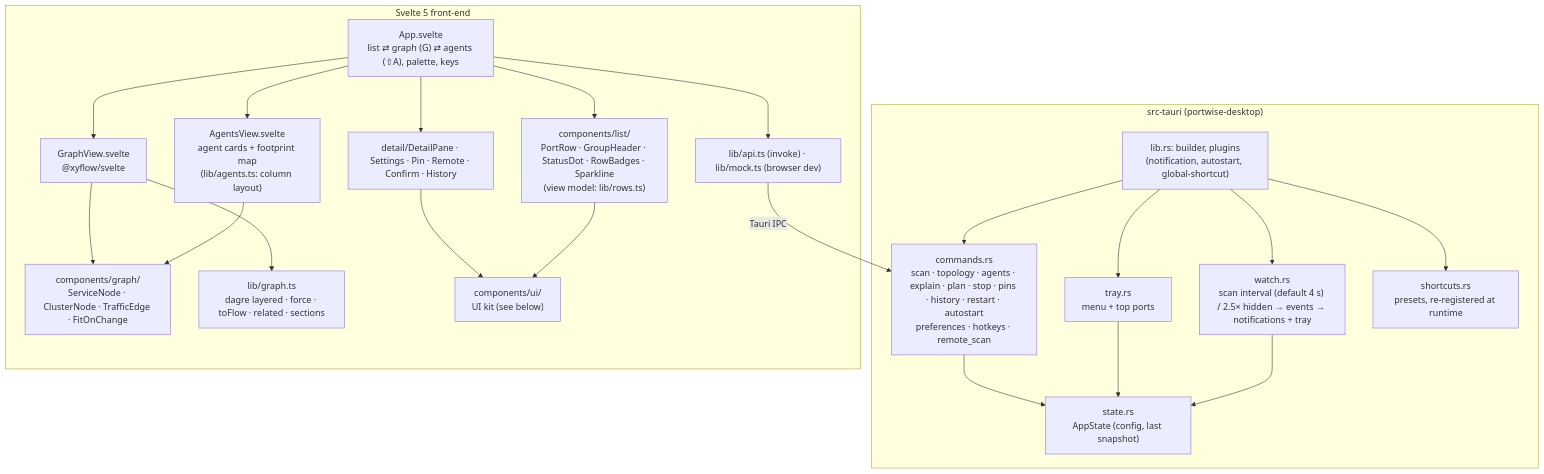
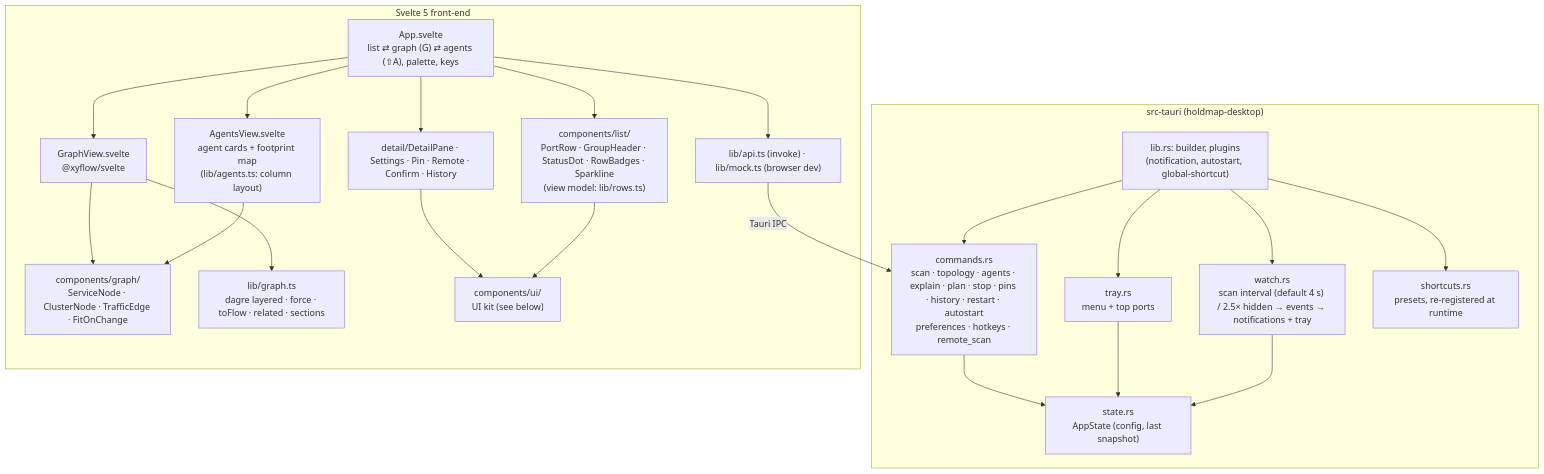
One commit to santoshshinde2012/holdmap changed the sixth of 6 diagrams in docs/architecture.md. Above: the diagram before and after it, drawn with Mermaid. The commit also changed other lines of this file and 242 other files, not shown here.

First line of the commit message:
Rename portwise to holdmap end to end (#12)

````diff
--- a/docs/architecture.md
+++ b/docs/architecture.md
@@ -215,31 +215,31 @@
 ```mermaid
 flowchart TB
-  subgraph Rust["src-tauri (portwise-desktop)"]
+  subgraph Rust["src-tauri (holdmap-desktop)"]
     LIB["lib.rs: builder, plugins<br/>(notification, autostart, global-shortcut)"]
     CMD["commands.rs<br/>scan · topology · agents · explain · plan · stop · pins · history · restart · autostart<br/>preferences · hotkeys · remote_scan"]
     ST["state.rs<br/>AppState (config, last snapshot)"]
     TR["tray.rs<br/>menu + top ports"]
     W["watch.rs<br/>scan interval (default 4 s) / 2.5× hidden → events → notifications + tray"]
     SC["shortcuts.rs<br/>presets, re-registered at runtime"]
     LIB --> CMD & TR & W & SC
     CMD & TR & W --> ST
   end
   subgraph UI["Svelte 5 front-end"]
     APP["App.svelte<br/>list ⇄ graph (G) ⇄ agents (⇧A), palette, keys"]
     GV["GraphView.svelte<br/>@xyflow/svelte"]
     AV["AgentsView.svelte<br/>agent cards + footprint map<br/>(lib/agents.ts: column layout)"]
     NODES["components/graph/<br/>ServiceNode · ClusterNode · TrafficEdge · FitOnChange"]
     LG["lib/graph.ts<br/>dagre layered · force · toFlow · related · sections"]
     OTHER["detail/DetailPane · Settings · Pin · Remote · Confirm · History"]
     LIST["components/list/<br/>PortRow · GroupHeader · StatusDot · RowBadges · Sparkline<br/>(view model: lib/rows.ts)"]
     KIT["components/ui/<br/>UI kit (see below)"]
     API["lib/api.ts (invoke) · lib/mock.ts (browser dev)"]
     APP --> GV --> NODES
     APP --> AV --> NODES
     GV --> LG
     APP --> OTHER --> KIT
     APP --> LIST --> KIT
     APP --> API
   end
   API -- "Tauri IPC" --> CMD
 ```
````
